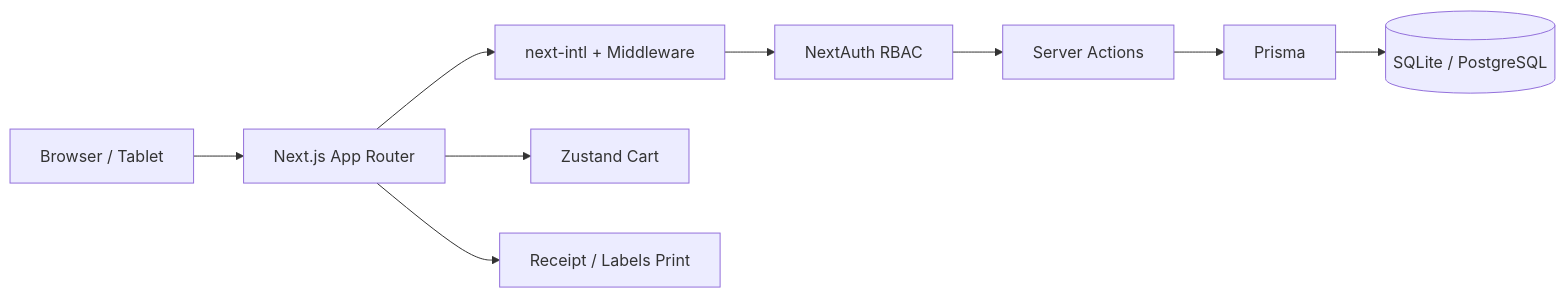
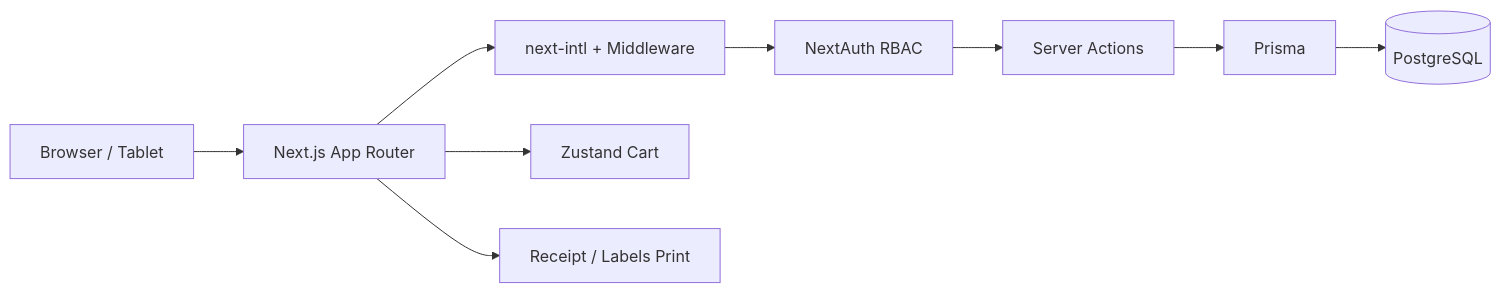
One commit to omerpirot7/soqi-pos changed the diagram in README.md. Above: the diagram before and after it, drawn with Mermaid. The commit also changed other lines of this file and 15 other files, not shown here.

First line of the commit message:
Switch database to PostgreSQL for Vercel deploy and add accent color picker.

````diff
--- a/README.md
+++ b/README.md
@@ -61,11 +61,11 @@
 ```mermaid
 flowchart LR
   A[Browser / Tablet] --> B[Next.js App Router]
   B --> C[next-intl + Middleware]
   C --> D[NextAuth RBAC]
   D --> E[Server Actions]
   E --> F[Prisma]
-  F --> G[(SQLite / PostgreSQL)]
+  F --> G[(PostgreSQL)]
   B --> H[Zustand Cart]
   B --> I[Receipt / Labels Print]
 ```
````
